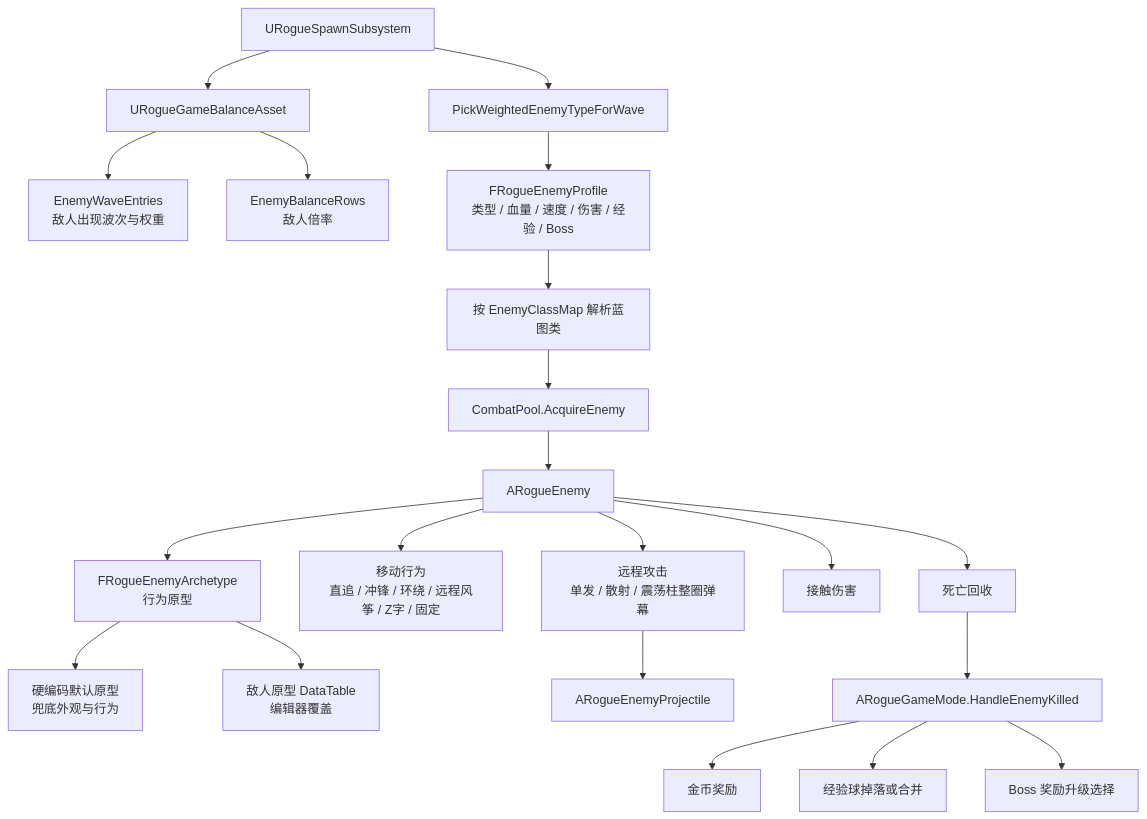
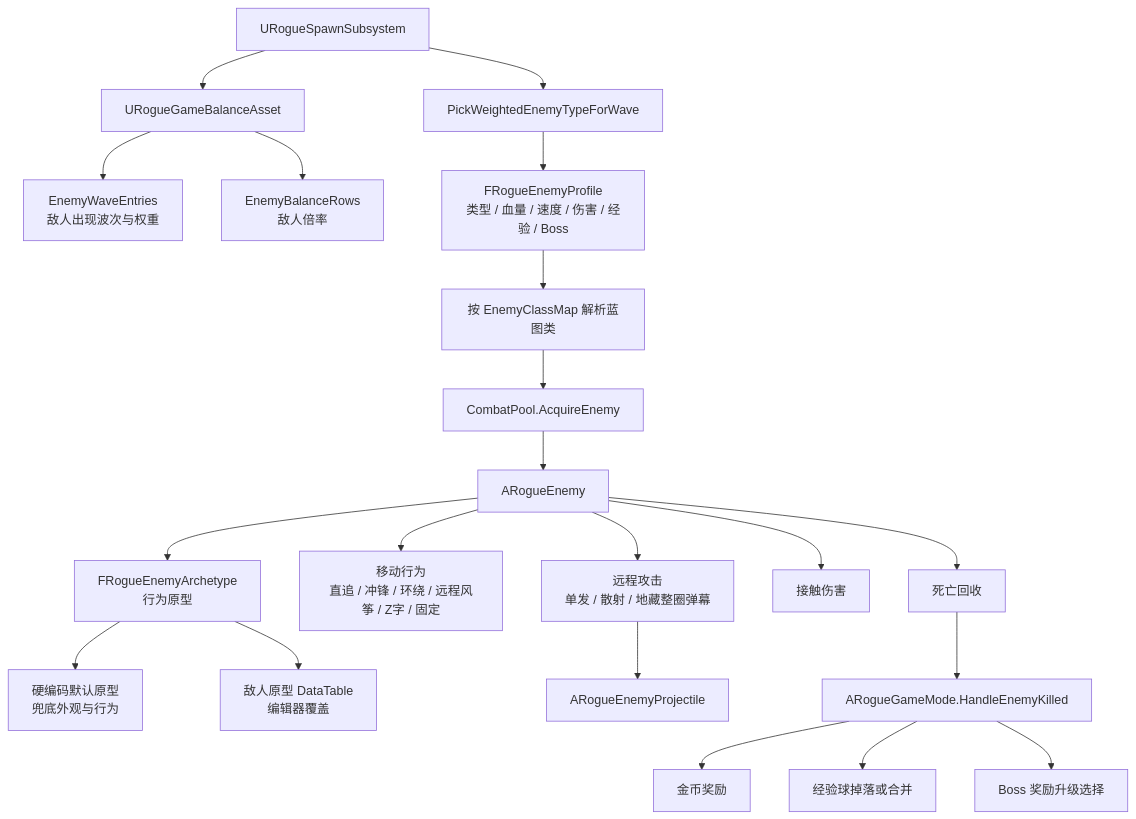
Before and after one commit to Elysiasloverly/AI-: the fifth of 10 diagrams in Docs/CurrentAllSystemsArchitecture.md, drawn with Mermaid. The commit also changed other lines of this file and 54 other files, not shown here.

````diff
--- a/Docs/CurrentAllSystemsArchitecture.md
+++ b/Docs/CurrentAllSystemsArchitecture.md
@@ -137,27 +137,27 @@
 ```mermaid
 flowchart TD
     SpawnSub["URogueSpawnSubsystem"] --> Balance["URogueGameBalanceAsset"]
     Balance --> WaveEntries["EnemyWaveEntries\n敌人出现波次与权重"]
     Balance --> EnemyBalance["EnemyBalanceRows\n敌人倍率"]
 
     SpawnSub --> PickType["PickWeightedEnemyTypeForWave"]
     PickType --> Profile["FRogueEnemyProfile\n类型 / 血量 / 速度 / 伤害 / 经验 / Boss"]
     Profile --> ResolveClass["按 EnemyClassMap 解析蓝图类"]
     ResolveClass --> PoolEnemy["CombatPool.AcquireEnemy"]
     PoolEnemy --> Enemy["ARogueEnemy"]
 
     Enemy --> Archetype["FRogueEnemyArchetype\n行为原型"]
     Archetype --> HardcodedFallback["硬编码默认原型\n兜底外观与行为"]
     Archetype --> EnemyDT["敌人原型 DataTable\n编辑器覆盖"]
 
     Enemy --> Movement["移动行为\n直追 / 冲锋 / 环绕 / 远程风筝 / Z字 / 固定"]
-    Enemy --> Ranged["远程攻击\n单发 / 散射 / 震荡柱整圈弹幕"]
+    Enemy --> Ranged["远程攻击\n单发 / 散射 / 地藏整圈弹幕"]
     Enemy --> Contact["接触伤害"]
     Enemy --> Death["死亡回收"]
 
     Ranged --> EnemyProjectile["ARogueEnemyProjectile"]
     Death --> GMKilled["ARogueGameMode.HandleEnemyKilled"]
     GMKilled --> Currency["金币奖励"]
     GMKilled --> ExpPickup["经验球掉落或合并"]
     GMKilled --> BossReward["Boss 奖励升级选择"]
 ```
````
